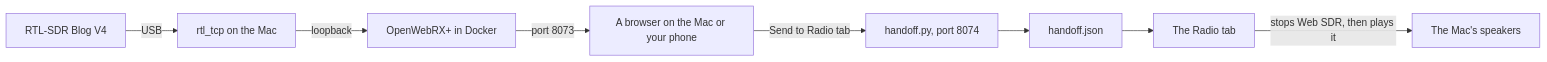
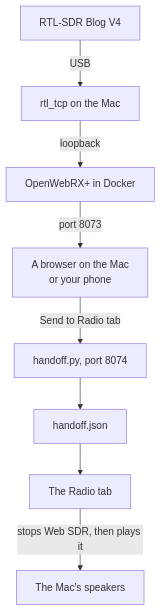
One commit to RedThoroughbred/rtl-sdr-tab changed the second of 4 diagrams in docs/details.md. Above: the diagram before and after it, drawn with Mermaid. The commit also changed other lines of this file, not shown here.

Commit message:
docs: diagrams that fit the page (long chains top to bottom, shorter label lines)

````diff
--- a/docs/details.md
+++ b/docs/details.md
@@ -452,10 +452,10 @@
 ```mermaid
-flowchart LR
+flowchart TD
     v4["RTL-SDR Blog V4"] -->|USB| tcp["rtl_tcp on the Mac"]
     tcp -->|loopback| web["OpenWebRX+ in Docker"]
-    web -->|port 8073| browser["A browser on the Mac or your phone"]
+    web -->|port 8073| browser["A browser on the Mac<br>or your phone"]
     browser -->|Send to Radio tab| handoff["handoff.py, port 8074"]
     handoff --> file["handoff.json"]
     file --> tab["The Radio tab"]
     tab -->|"stops Web SDR, then plays it"| mac["The Mac's speakers"]
 ```
````
